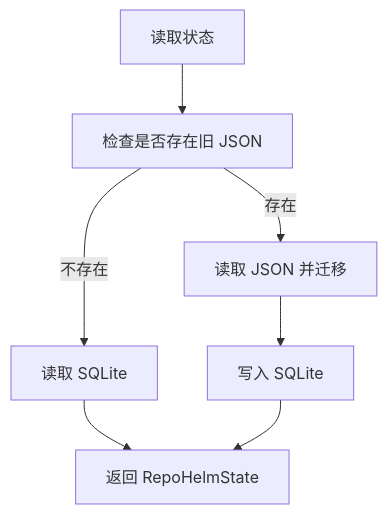
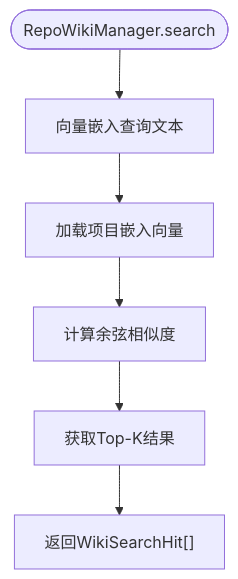
One commit to coconilu/RepoHelm changed the fourth of 8 diagrams in .qoder/repowiki/zh/content/知识库系统.md. Above: the diagram before and after it, drawn with Mermaid. The commit also changed other lines of this file and 9 other files, not shown here.

First line of the commit message:
docs(zh): add KnowledgeCenter, Markdown & Mermaid

````diff
--- a/.qoder/repowiki/zh/content/知识库系统.md
+++ b/.qoder/repowiki/zh/content/知识库系统.md
@@ -165,9 +274,8 @@
 ```mermaid
 flowchart TD
-ReadReq["读取状态"] --> CheckLegacy["检查是否存在旧 JSON"]
-CheckLegacy --> |存在| ReadJson["读取 JSON 并迁移"]
-CheckLegacy --> |不存在| ReadSqlite["读取 SQLite"]
-ReadSqlite --> ReturnState["返回 RepoHelmState"]
-ReadJson --> WriteSqlite["写入 SQLite"]
-WriteSqlite --> ReturnState
+Start(["RepoWikiManager.search"]) --> Embed["向量嵌入查询文本"]
+Embed --> LoadEmb["加载项目嵌入向量"]
+LoadEmb --> CalcSim["计算余弦相似度"]
+CalcSim --> TopK["获取Top-K结果"]
+TopK --> Return["返回WikiSearchHit[]"]
 ```
````
